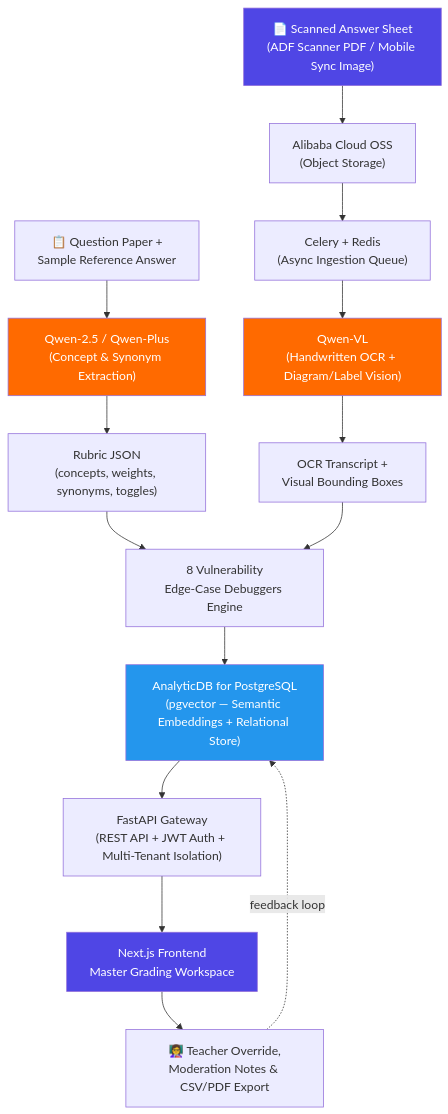
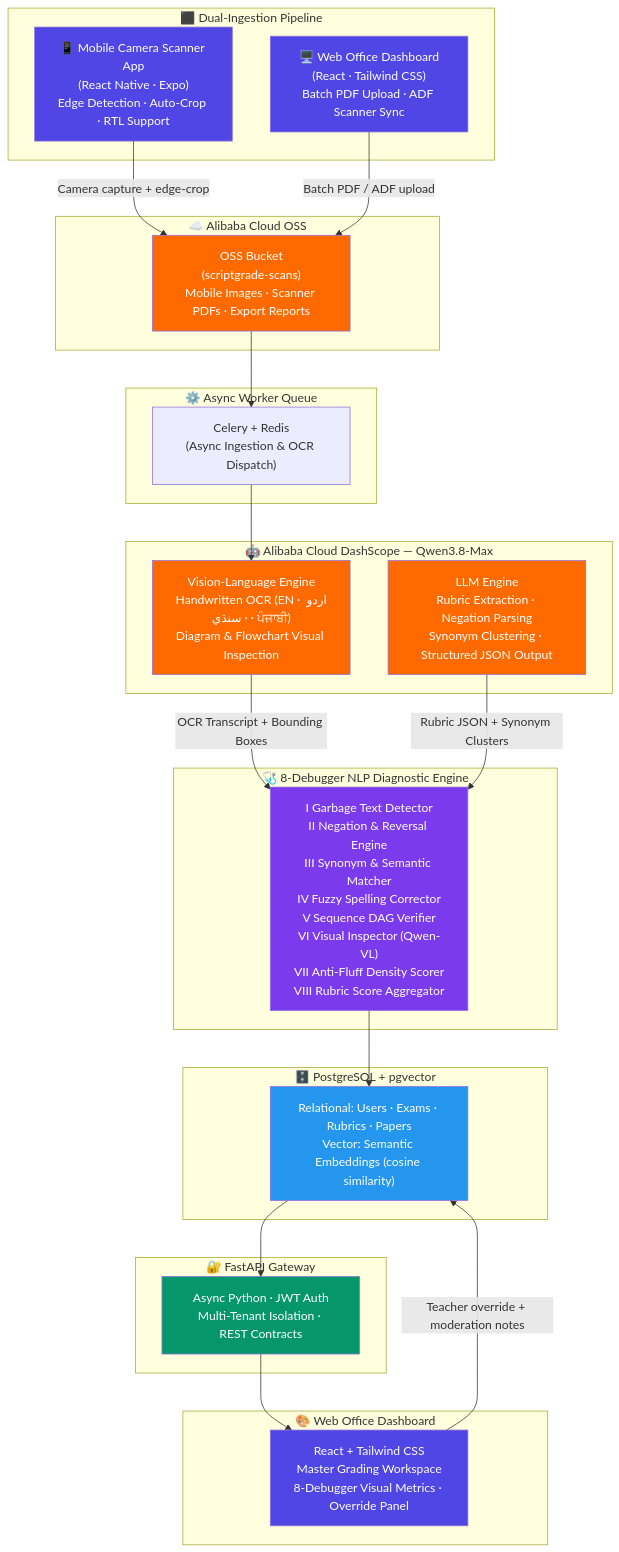
The diagram in README.md (musa8868973-web/ScriptGrade), drawn with Mermaid before and after one commit. The commit also changed other lines of this file, not shown here.

Commit message:
docs: update README with ScriptGrade master architecture and dual-ingestion workflow

````diff
--- a/README.md
+++ b/README.md
@@ -260,27 +109,57 @@
 ```mermaid
 flowchart TD
-    A["📄 Scanned Answer Sheet<br/>(ADF Scanner PDF / Mobile Sync Image)"] --> B["Alibaba Cloud OSS<br/>(Object Storage)"]
-    B --> C["Celery + Redis<br/>(Async Ingestion Queue)"]
+    subgraph INGESTION ["⬛ Dual-Ingestion Pipeline"]
+        A1["📱 Mobile Camera Scanner App\n(React Native · Expo)\nEdge Detection · Auto-Crop · RTL Support"]
+        A2["🖥️ Web Office Dashboard\n(React · Tailwind CSS)\nBatch PDF Upload · ADF Scanner Sync"]
+    end
 
-    Q["📋 Question Paper +<br/>Sample Reference Answer"] --> D["Qwen-2.5 / Qwen-Plus<br/>(Concept & Synonym Extraction)"]
-    D --> E["Rubric JSON<br/>(concepts, weights, synonyms, toggles)"]
+    subgraph STORAGE ["☁️ Alibaba Cloud OSS"]
+        B["OSS Bucket\n(scriptgrade-scans)\nMobile Images · Scanner PDFs · Export Reports"]
+    end
 
-    C --> F["Qwen-VL<br/>(Handwritten OCR + Diagram/Label Vision)"]
-    F --> G["OCR Transcript +<br/>Visual Bounding Boxes"]
+    subgraph QUEUE ["⚙️ Async Worker Queue"]
+        C["Celery + Redis\n(Async Ingestion & OCR Dispatch)"]
+    end
 
-    E --> H["8 Vulnerability<br/>Edge-Case Debuggers Engine"]
+    subgraph AI ["🤖 Alibaba Cloud DashScope — Qwen3.8-Max"]
+        D1["LLM Engine\nRubric Extraction · Negation Parsing\nSynonym Clustering · Structured JSON Output"]
+        D2["Vision-Language Engine\nHandwritten OCR (EN · اردو · سنڌي · ਪੰਜਾਬੀ)\nDiagram & Flowchart Visual Inspection"]
+    end
+
+    subgraph NLP ["🩺 8-Debugger NLP Diagnostic Engine"]
+        E["I Garbage Text Detector\nII Negation & Reversal Engine\nIII Synonym & Semantic Matcher\nIV Fuzzy Spelling Corrector\nV Sequence DAG Verifier\nVI Visual Inspector (Qwen-VL)\nVII Anti-Fluff Density Scorer\nVIII Rubric Score Aggregator"]
+    end
+
+    subgraph DB ["🗄️ PostgreSQL + pgvector"]
+        F["Relational: Users · Exams · Rubrics · Papers\nVector: Semantic Embeddings (cosine similarity)"]
+    end
+
+    subgraph API ["🔐 FastAPI Gateway"]
+        G["Async Python · JWT Auth\nMulti-Tenant Isolation · REST Contracts"]
+    end
+
+    subgraph UI ["🎨 Web Office Dashboard"]
+        H["React + Tailwind CSS\nMaster Grading Workspace\n8-Debugger Visual Metrics · Override Panel"]
+    end
+
+    A1 -->|"Camera capture + edge-crop"| B
+    A2 -->|"Batch PDF / ADF upload"| B
+    B --> C
+    C --> D2
+    D2 -->|"OCR Transcript + Bounding Boxes"| E
+    D1 -->|"Rubric JSON + Synonym Clusters"| E
+    E --> F
+    F --> G
     G --> H
+    H -->|"Teacher override + moderation notes"| F
 
-    H --> I["AnalyticDB for PostgreSQL<br/>(pgvector — Semantic Embeddings + Relational Store)"]
-    I --> J["FastAPI Gateway<br/>(REST API + JWT Auth + Multi-Tenant Isolation)"]
-
-    J --> K["Next.js Frontend<br/>Master Grading Workspace"]
-    K --> L["👩‍🏫 Teacher Override,<br/>Moderation Notes & CSV/PDF Export"]
-    L -.->|feedback loop| I
-
-    style A fill:#4F46E5,color:#fff
-    style F fill:#FF6A00,color:#fff
-    style D fill:#FF6A00,color:#fff
-    style I fill:#2496ED,color:#fff
-    style K fill:#4F46E5,color:#fff
+    style A1 fill:#4F46E5,color:#fff
+    style A2 fill:#4F46E5,color:#fff
+    style B fill:#FF6A00,color:#fff
+    style D1 fill:#FF6A00,color:#fff
+    style D2 fill:#FF6A00,color:#fff
+    style E fill:#7C3AED,color:#fff
+    style F fill:#2496ED,color:#fff
+    style G fill:#059669,color:#fff
+    style H fill:#4F46E5,color:#fff
 ```
````
